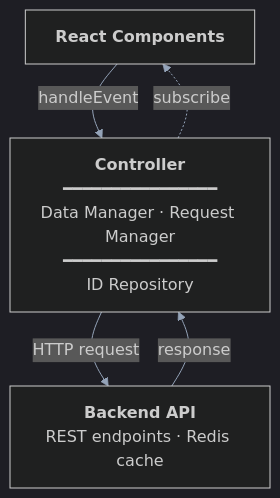
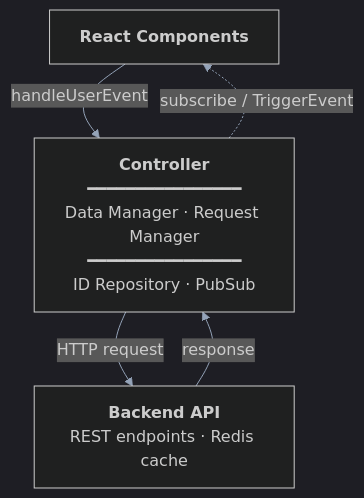
The first of 2 diagrams in docs/editor/controller.md (lzguan/noveltl), drawn with Mermaid before and after one commit. The commit also changed other lines of this file and 1 other file, not shown here.

Commit message:
backend + controller doc revision

````diff
--- a/docs/editor/controller.md
+++ b/docs/editor/controller.md
@@ -120,14 +95,14 @@
 ```mermaid
 %%{init: {'theme': 'dark', 'themeVariables': { 'primaryColor': '#1e293b', 'primaryTextColor': '#e2e8f0', 'primaryBorderColor': '#334155', 'lineColor': '#94a3b8', 'secondaryColor': '#0f172a', 'tertiaryColor': '#1e293b'}}}%%
 graph TD
     UI["<b>React Components</b><br/>"]
 
-    CTRL["<b>Controller</b><br/>━━━━━━━━━━━━━━━━<br/>Data Manager · Request Manager<br/>━━━━━━━━━━━━━━━━<br/>ID Repository"]
+    CTRL["<b>Controller</b><br/>━━━━━━━━━━━━━━━━<br/>Data Manager · Request Manager<br/>━━━━━━━━━━━━━━━━<br/>ID Repository · PubSub"]
 
     BE["<b>Backend API</b><br/>REST endpoints · Redis cache"]
 
-    UI -->|"handleEvent"| CTRL
-    CTRL -.->|"subscribe"| UI
+    UI -->|"handleUserEvent"| CTRL
+    CTRL -.->|"subscribe / TriggerEvent"| UI
     CTRL -->|"HTTP request"| BE
     BE -->|"response"| CTRL
 ```
````
